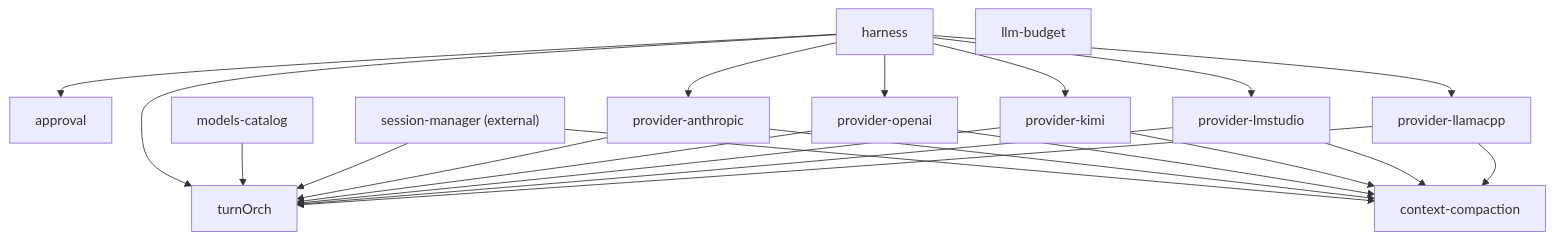
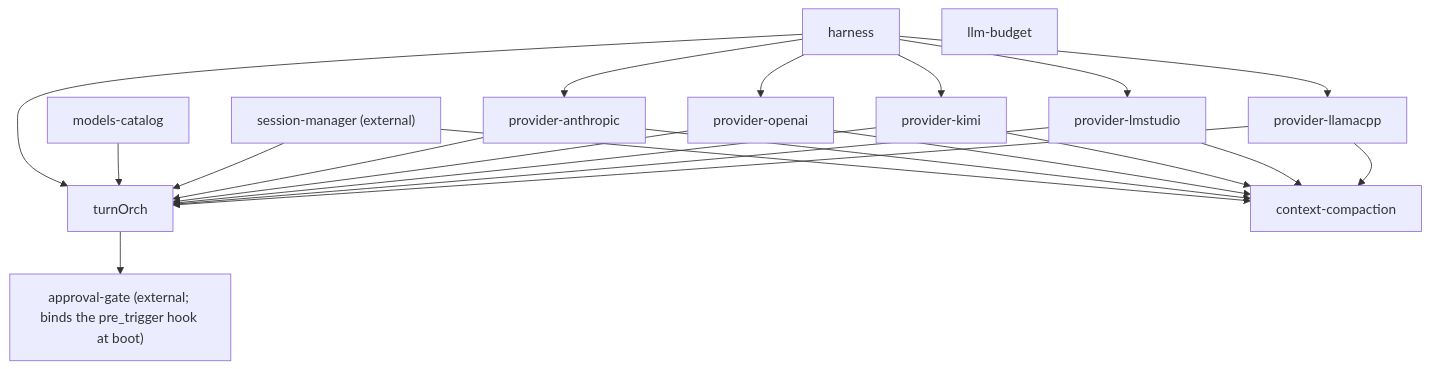
Before and after one commit to iii-hq/workers: the fourth of 5 diagrams in harness/docs/architecture.md, drawn with Mermaid. The commit also changed other lines of this file and 82 other files, not shown here.

First line of the commit message:
feat(harness): adopt the standalone approval-gate worker, retire the in-process gate (#261)

````diff
--- a/harness/docs/architecture.md
+++ b/harness/docs/architecture.md
@@ -292,24 +303,24 @@
 ```mermaid
 flowchart TD
   harness --> turnOrch
-  harness --> approval
+  turnOrch --> approval["approval-gate (external; binds the pre_trigger hook at boot)"]
   models[models-catalog] --> turnOrch
   sessionMgr["session-manager (external)"] --> turnOrch
   harness --> provAnth[provider-anthropic]
   harness --> provOAI[provider-openai]
   harness --> provKimi[provider-kimi]
   harness --> provLms[provider-lmstudio]
   harness --> provLlama[provider-llamacpp]
   provAnth --> turnOrch
   provOAI --> turnOrch
   provKimi --> turnOrch
   provLms --> turnOrch
   provLlama --> turnOrch
   sessionMgr --> compact[context-compaction]
   provAnth --> compact
   provOAI --> compact
   provKimi --> compact
   provLms --> compact
   provLlama --> compact
   budget[llm-budget]
 ```
````
